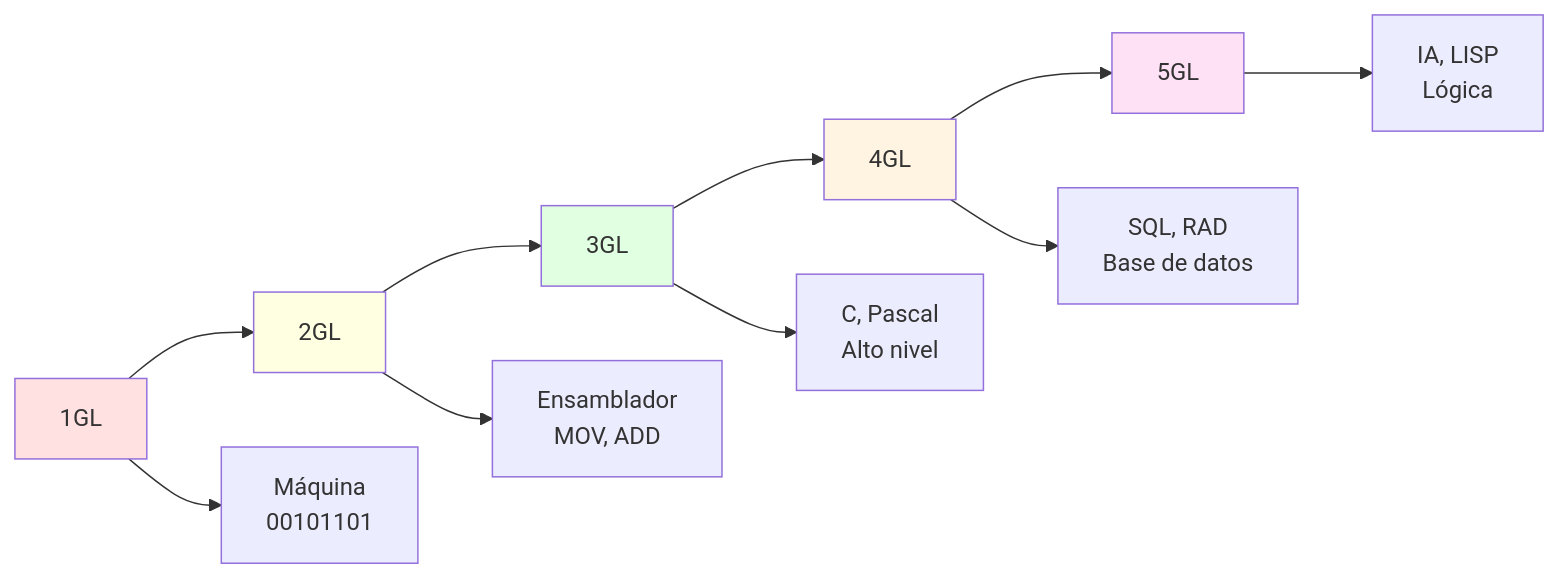
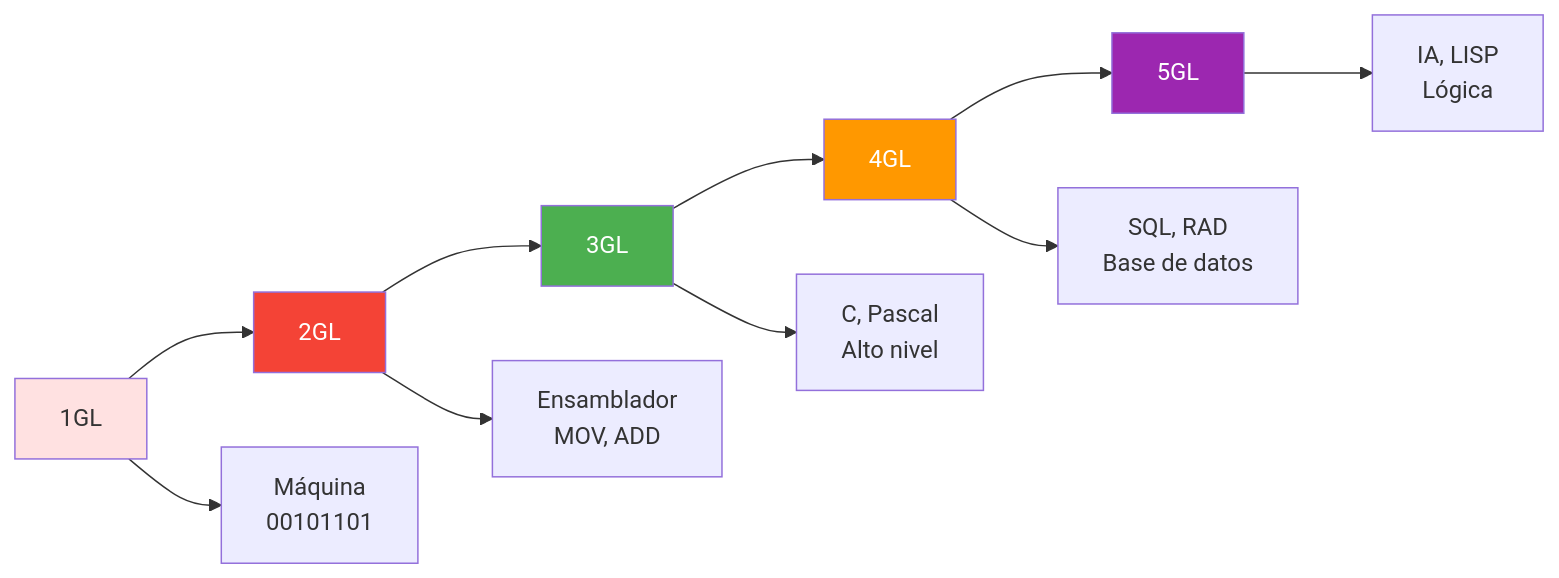
Before and after one commit to joseluisgs/EntornosDesarrollo-01-2026-2027: the sixth of 6 diagrams in 05-lenguajes-programacion.md, drawn with Mermaid. The commit also changed other lines of this file and 9 other files, not shown here.

Commit message:
[fix] Mejoras didácticas y corrección de colores Mermaid en UD01

````diff
--- a/05-lenguajes-programacion.md
+++ b/05-lenguajes-programacion.md
@@ -463,19 +463,19 @@
 ```mermaid
 graph LR
     A[1GL] --> B[2GL]
     B --> C[3GL]
     C --> D[4GL]
     D --> E[5GL]
 
     A --> A1[Máquina<br/>00101101]
     B --> B1[Ensamblador<br/>MOV, ADD]
     C --> C1[C, Pascal<br/>Alto nivel]
     D --> D1[SQL, RAD<br/>Base de datos]
     E --> E1[IA, LISP<br/>Lógica]
 
     style A fill:#ffe1e1
-    style B fill:#ffffe1
-    style C fill:#e1ffe1
-    style D fill:#fff4e1
-    style E fill:#ffe1f5
+    style B fill:#f44336,color:#fff
+    style C fill:#4CAF50,color:#fff
+    style D fill:#FF9800,color:#fff
+    style E fill:#9C27B0,color:#fff
 ```
````
